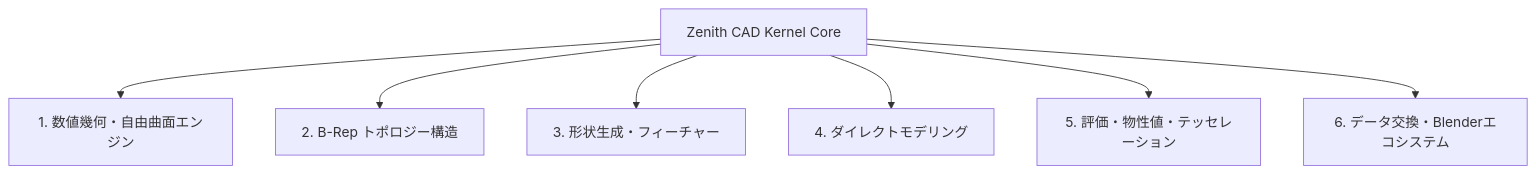
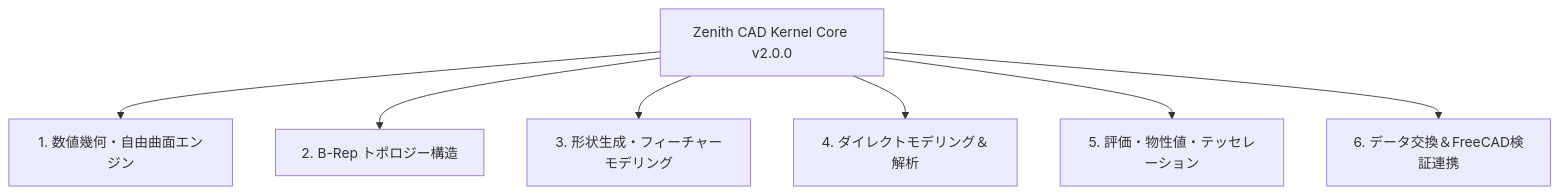
One commit to hinatahugu29/zenith-cad-kernel changed the first of 2 diagrams in KERNEL_SPECS.md. Above: the diagram before and after it, drawn with Mermaid. The commit also changed other lines of this file and 39 other files, not shown here.

````diff
--- a/KERNEL_SPECS.md
+++ b/KERNEL_SPECS.md
@@ -12,9 +16,9 @@
 ```mermaid
 graph TD
-    A[Zenith CAD Kernel Core] --> B[1. 数値幾何・自由曲面エンジン]
+    A[Zenith CAD Kernel Core v2.0.0] --> B[1. 数値幾何・自由曲面エンジン]
     A --> C[2. B-Rep トポロジー構造]
-    A --> D[3. 形状生成・フィーチャー]
-    A --> E[4. ダイレクトモデリング]
+    A --> D[3. 形状生成・フィーチャーモデリング]
+    A --> E[4. ダイレクトモデリング＆解析]
     A --> F[5. 評価・物性値・テッセレーション]
-    A --> G[6. データ交換・Blenderエコシステム]
+    A --> G[6. データ交換＆FreeCAD検証連携]
 ```
````
